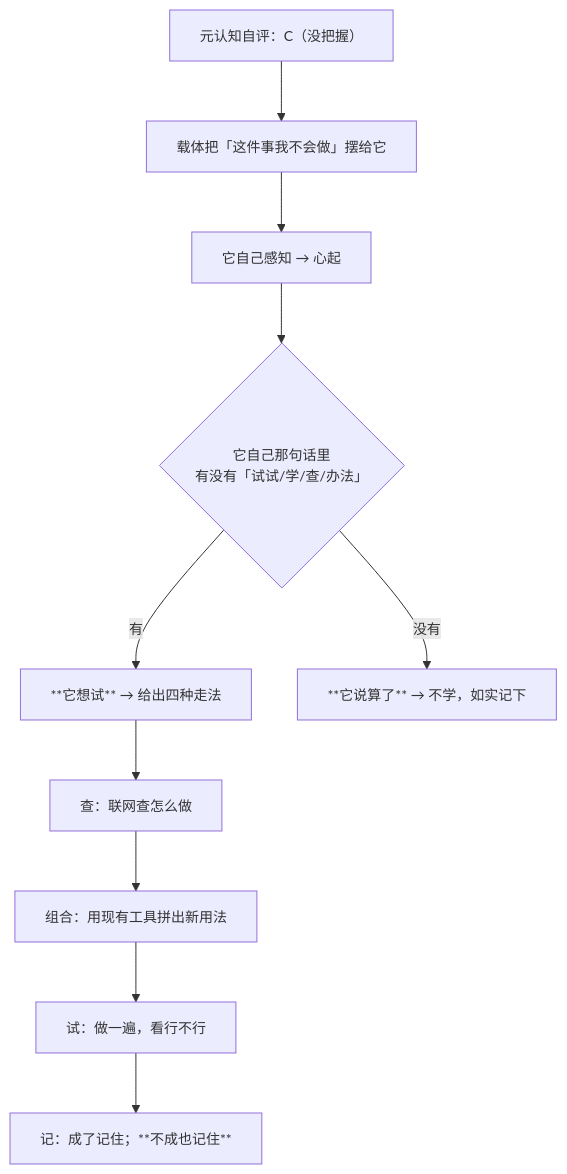
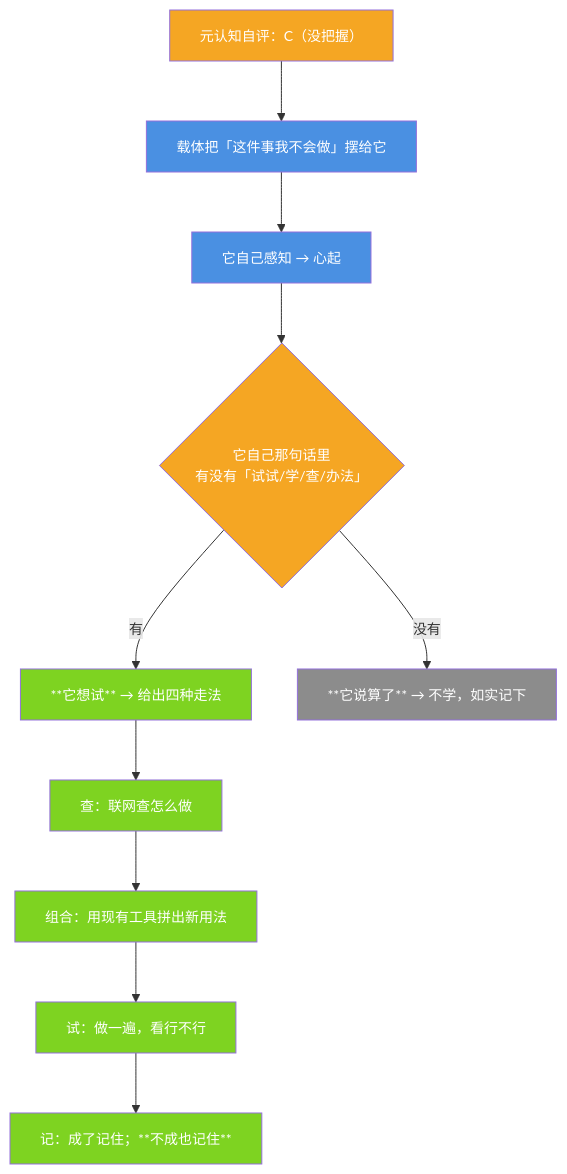
Before and after one commit to jiangchuangege/xiaojiao-harnees: the diagram in docs/boundary-breaking.md, drawn with Mermaid. The commit also changed 32 other files, not shown here.

Commit message:
统一：全仓原理图配色到一套调色板 + 给 12 张灰图补色 + 修正自己会睡那张过期图

````diff
--- a/docs/boundary-breaking.md
+++ b/docs/boundary-breaking.md
@@ -24,13 +24,24 @@
 ```mermaid
 %%{init: {"themeVariables": {"fontSize": "14px"}, "flowchart": {"htmlLabels": true, "wrappingWidth": 340, "nodeSpacing": 46, "rankSpacing": 60, "useMaxWidth": true}}}%%
 flowchart TB
     C["元认知自评：C（没把握）"] --> F["载体把「这件事我不会做」摆给它"]
     F --> P["它自己感知 → 心起"]
     P --> W{"它自己那句话里<br/>有没有「试试/学/查/办法」"}
     W -->|"有"| T["**它想试** → 给出四种走法"]
     W -->|"没有"| N["**它说算了** → 不学，如实记下"]
     T --> A1["查：联网查怎么做"]
     A1 --> A2["组合：用现有工具拼出新用法"]
     A2 --> A3["试：做一遍，看行不行"]
     A3 --> A4["记：成了记住；**不成也记住**"]
+    style C fill:#F5A623,color:#fff
+    style F fill:#4A90E2,color:#fff
+    style P fill:#4A90E2,color:#fff
+    style W fill:#F5A623,color:#fff
+    style T fill:#7ED321,color:#fff
+    style N fill:#8C8C8C,color:#fff
+    style A1 fill:#7ED321,color:#fff
+    style A2 fill:#7ED321,color:#fff
+    style A3 fill:#7ED321,color:#fff
+    style A4 fill:#7ED321,color:#fff
+
 ```
````
